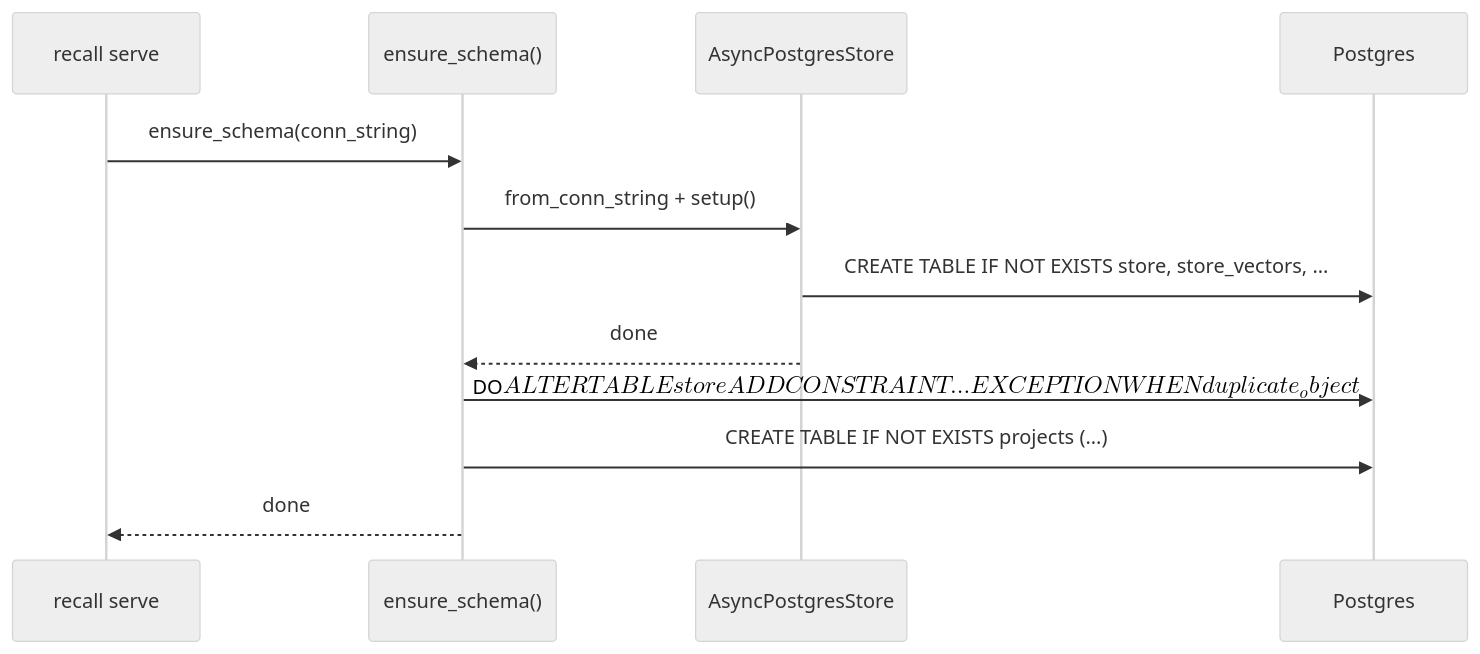
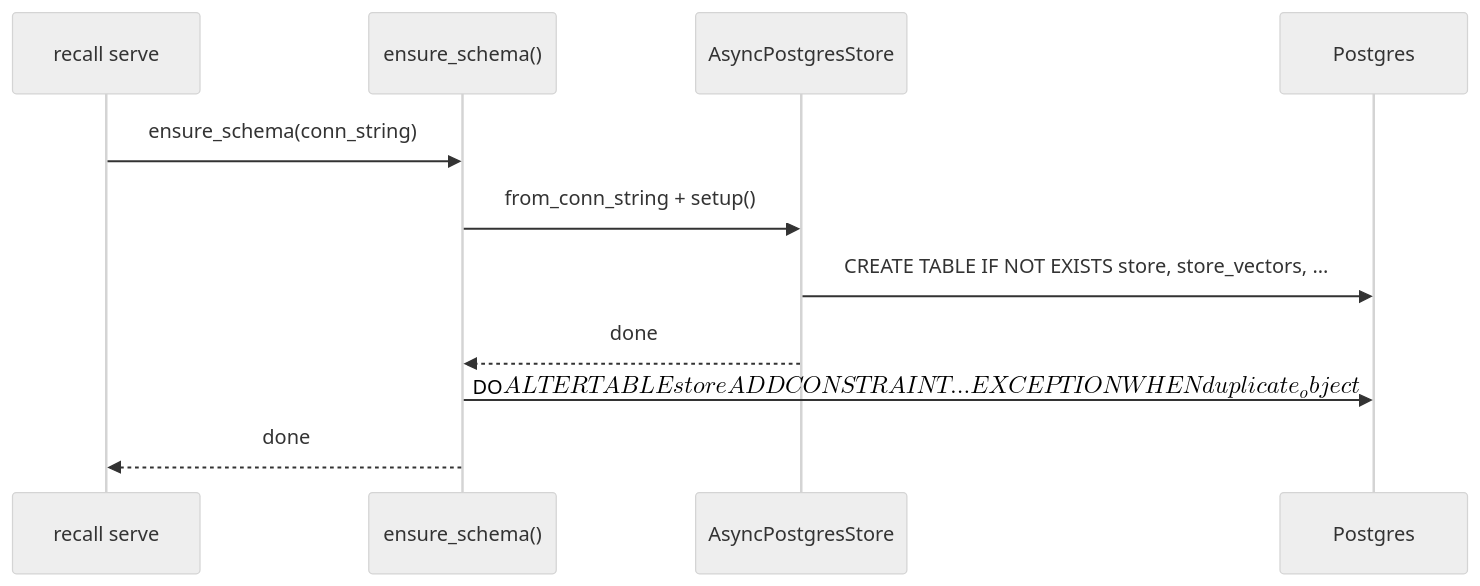
The first of 3 diagrams in docs/design/lld-e04-migration-runner.md (mironyx/recall), drawn with Mermaid (neutral theme) before and after one commit. The commit also changed other lines of this file and 1 other file, not shown here.

Commit message:
docs: session log and lld-sync for schema setup #76

````diff
--- a/docs/design/lld-e04-migration-runner.md
+++ b/docs/design/lld-e04-migration-runner.md
@@ -28,15 +30,14 @@
 ```mermaid
 sequenceDiagram
     participant CLI as recall serve
     participant ES as ensure_schema()
     participant Store as AsyncPostgresStore
     participant DB as Postgres
 
     CLI->>ES: ensure_schema(conn_string)
     ES->>Store: from_conn_string + setup()
     Store->>DB: CREATE TABLE IF NOT EXISTS store, store_vectors, ...
     Store-->>ES: done
     ES->>DB: DO $$ ALTER TABLE store ADD CONSTRAINT ... EXCEPTION WHEN duplicate_object $$
-    ES->>DB: CREATE TABLE IF NOT EXISTS projects (...)
     ES-->>CLI: done
 ```
````
